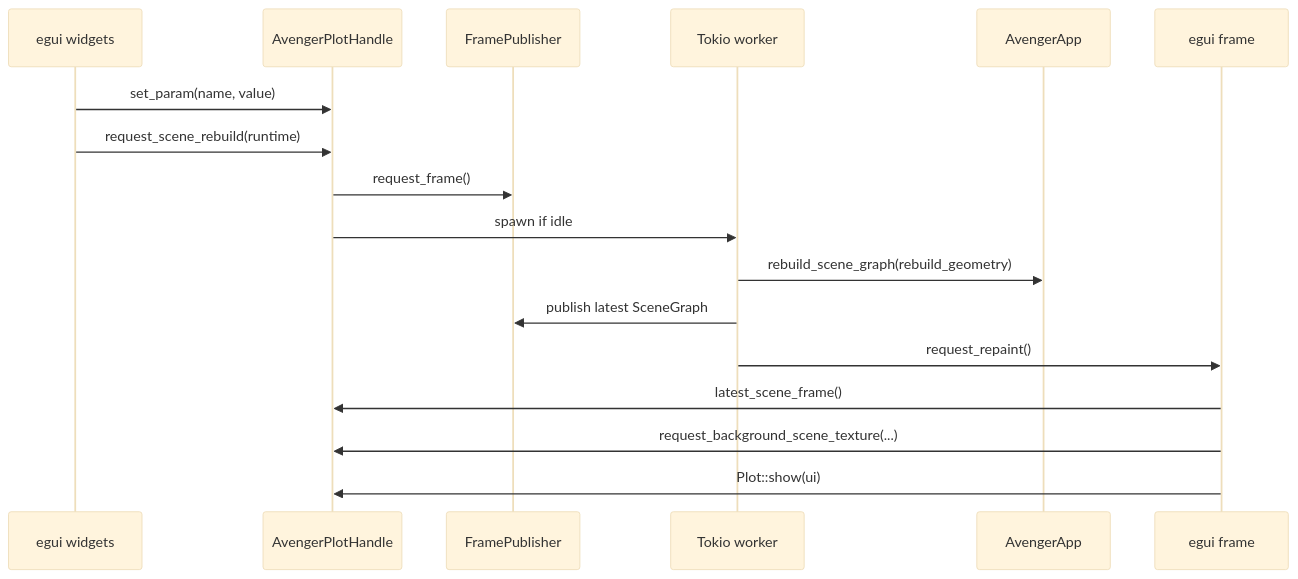
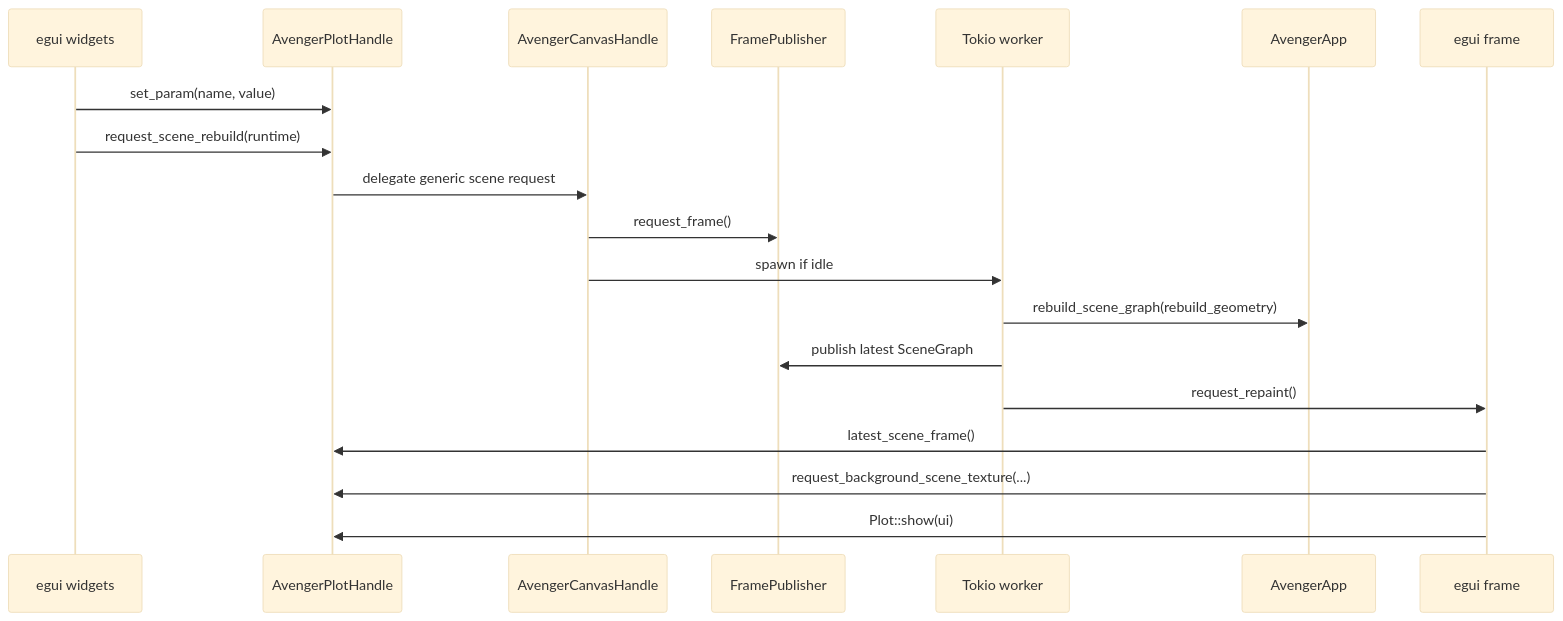
Before and after one commit to jonmmease/avenger: the third of 3 diagrams in avenger-chart/docs/architecture/wgpu-gui-offscreen.md, drawn with Mermaid (base theme). The commit also changed other lines of this file and 14 other files, not shown here.

Commit message:
refactor(egui): split chart widget crate

````diff
--- a/avenger-chart/docs/architecture/wgpu-gui-offscreen.md
+++ b/avenger-chart/docs/architecture/wgpu-gui-offscreen.md
@@ -179,20 +188,22 @@
 ```mermaid
 sequenceDiagram
     participant Widget as egui widgets
-    participant Handle as AvengerPlotHandle
+    participant Plot as AvengerPlotHandle
+    participant Canvas as AvengerCanvasHandle
     participant Publisher as FramePublisher
     participant Worker as Tokio worker
     participant App as AvengerApp
     participant UI as egui frame
 
-    Widget->>Handle: set_param(name, value)
-    Widget->>Handle: request_scene_rebuild(runtime)
-    Handle->>Publisher: request_frame()
-    Handle->>Worker: spawn if idle
+    Widget->>Plot: set_param(name, value)
+    Widget->>Plot: request_scene_rebuild(runtime)
+    Plot->>Canvas: delegate generic scene request
+    Canvas->>Publisher: request_frame()
+    Canvas->>Worker: spawn if idle
     Worker->>App: rebuild_scene_graph(rebuild_geometry)
     Worker->>Publisher: publish latest SceneGraph
     Worker->>UI: request_repaint()
-    UI->>Handle: latest_scene_frame()
-    UI->>Handle: request_background_scene_texture(...)
-    UI->>Handle: Plot::show(ui)
+    UI->>Plot: latest_scene_frame()
+    UI->>Plot: request_background_scene_texture(...)
+    UI->>Plot: Plot::show(ui)
 ```
````
